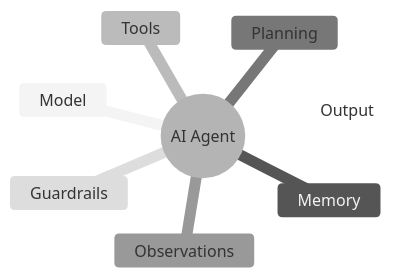
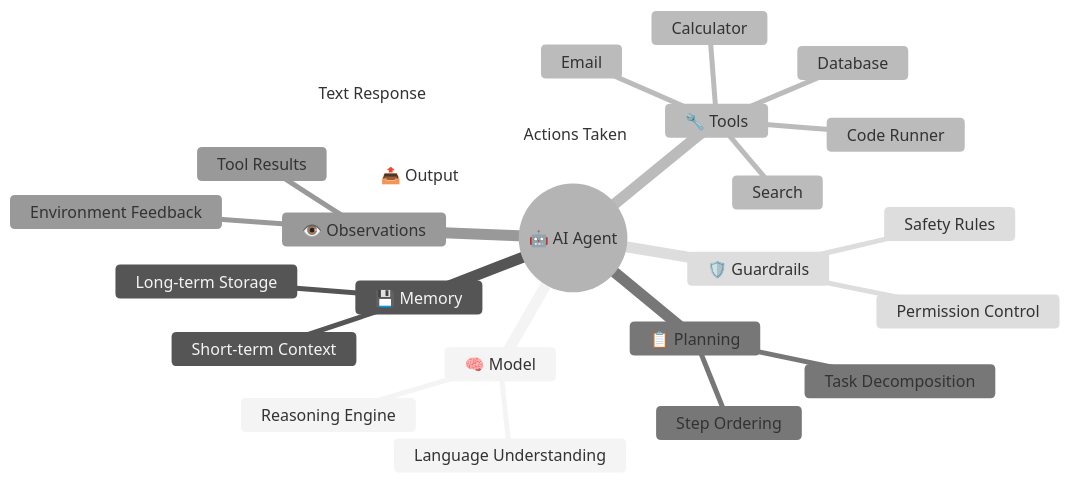
Before and after one commit to Sameer-Malik20/SusaGPT-Build-LLM-From-Scratch-With-Hinglish-Learning-Material: the fourth of 14 diagrams in docs/ai/AI_Agents_Guide.md, drawn with Mermaid (neutral theme). The commit also changed other lines of this file and 10 other files, not shown here.

````diff
--- a/docs/ai/AI_Agents_Guide.md
+++ b/docs/ai/AI_Agents_Guide.md
@@ -108,11 +117,28 @@
 ```mermaid
 mindmap
-  root((AI Agent))
-    Model
-    Memory
-    Tools
-    Planning
-    Observations
-    Guardrails
-    Output
+  root(("🤖 AI Agent"))
+    🧠 Model
+      Language Understanding
+      Reasoning Engine
+    💾 Memory
+      Short-term Context
+      Long-term Storage
+    🔧 Tools
+      Search
+      Calculator
+      Database
+      Email
+      Code Runner
+    📋 Planning
+      Task Decomposition
+      Step Ordering
+    👁️ Observations
+      Tool Results
+      Environment Feedback
+    🛡️ Guardrails
+      Safety Rules
+      Permission Control
+    📤 Output
+      Text Response
+      Actions Taken
 ```
````
